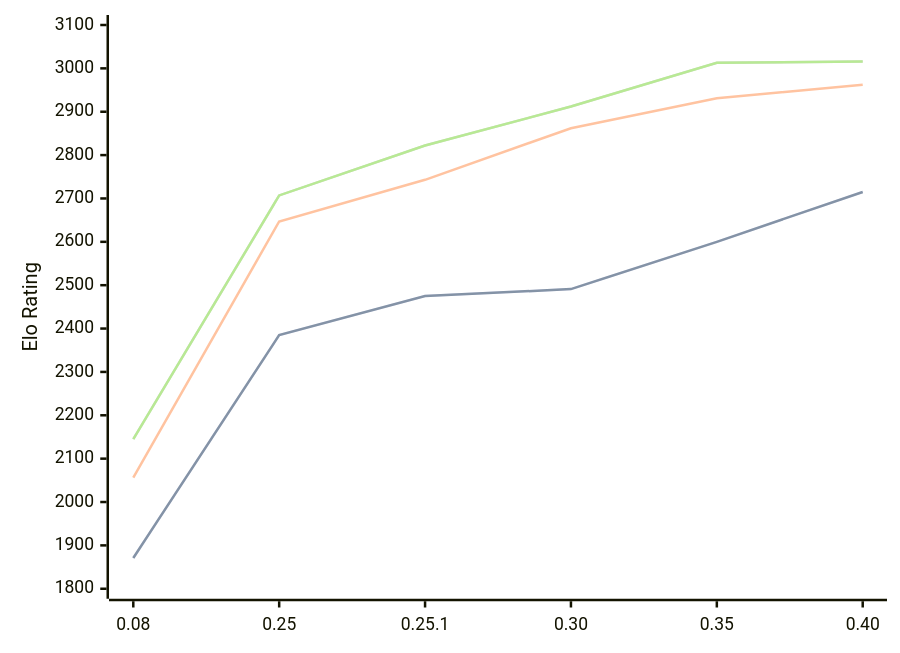
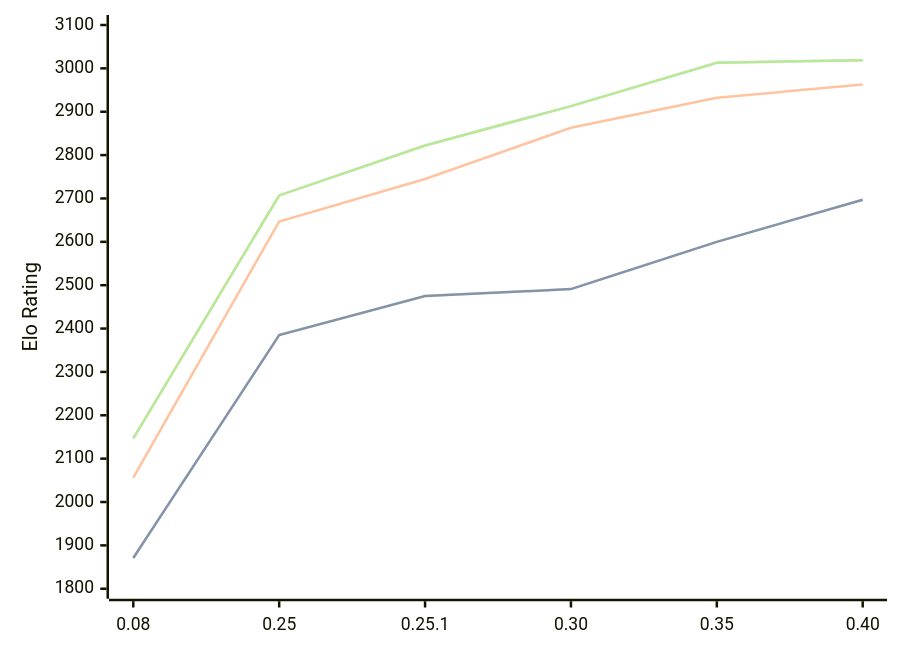
The first of 3 diagrams in engines/Gecko.md (computer-chess-index/cci), drawn with Mermaid before and after one commit. The commit also changed other lines of this file, not shown here.

Commit message:
Update CCI Ratings (ELO VLTC) - 2026-06-16

````diff
--- a/engines/Gecko.md
+++ b/engines/Gecko.md
@@ -36,11 +36,11 @@
 ```mermaid
 %%{init: {"theme":"base","themeVariables":{"seriesColors:['#a3a3a3','#222221','#faa371']}}}%%
 xychart-beta
   x-axis ["0.08", "0.25", "0.25.1", "0.30", "0.35", "0.40"]
   y-axis "Elo Rating" 1800 --> 3100
-  line "STC (8.0+0.08s)" [1871, 2385, 2475, 2491, 2600, 2715]
-  line "STC (8.0+0.08s)" [1871, 2385, 2475, 2491, 2600, 2715]
-  line "LTC (60.0+0.60s)" [2056, 2647, 2743, 2862, 2931, 2962]
-  line "VLTC (2m24s+1.12s)" [2145, 2707, 2822, 2912, 3013, 3016]
-  line "VLTC (2m24s+1.12s)" [2145, 2707, 2822, 2912, 3013, 3016]
+  line "STC (8.0+0.08s)" [1871, 2385, 2475, 2491, 2600, 2697]
+  line "STC (8.0+0.08s)" [1871, 2385, 2475, 2491, 2600, 2697]
+  line "LTC (60.0+0.60s)" [2056, 2647, 2745, 2863, 2932, 2963]
+  line "VLTC (2m24s+1.12s)" [2147, 2707, 2822, 2913, 3013, 3019]
+  line "VLTC (2m24s+1.12s)" [2147, 2707, 2822, 2913, 3013, 3019]
 ```
````
